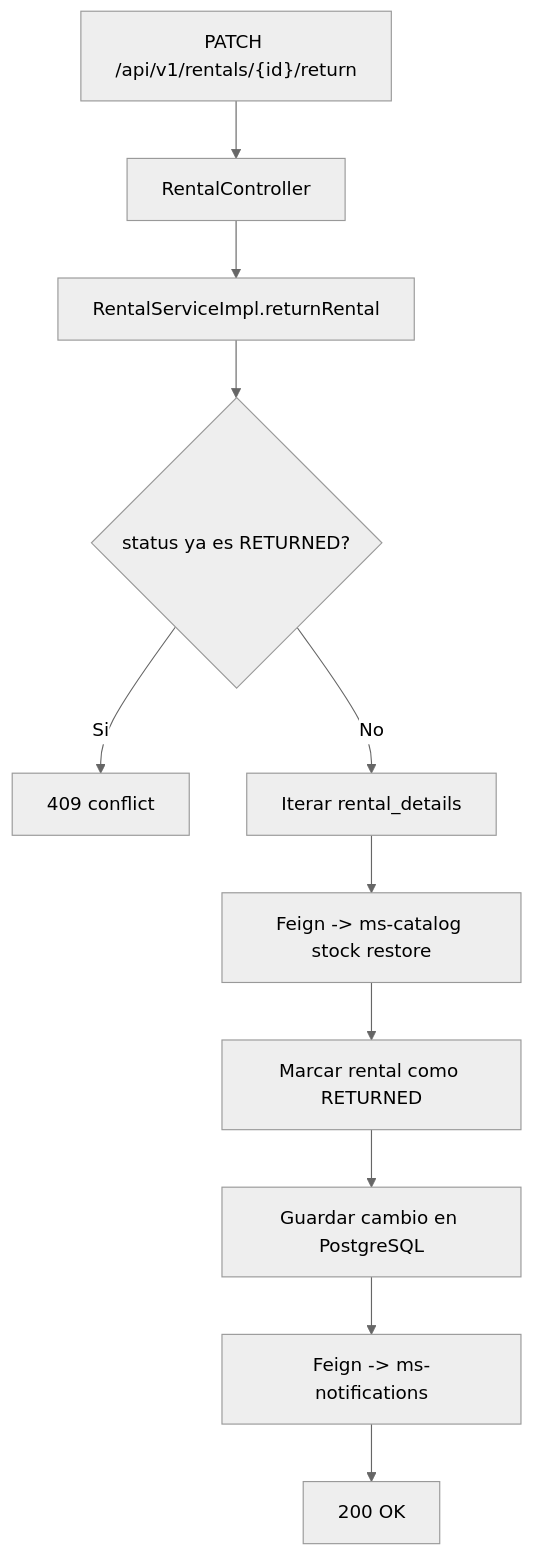
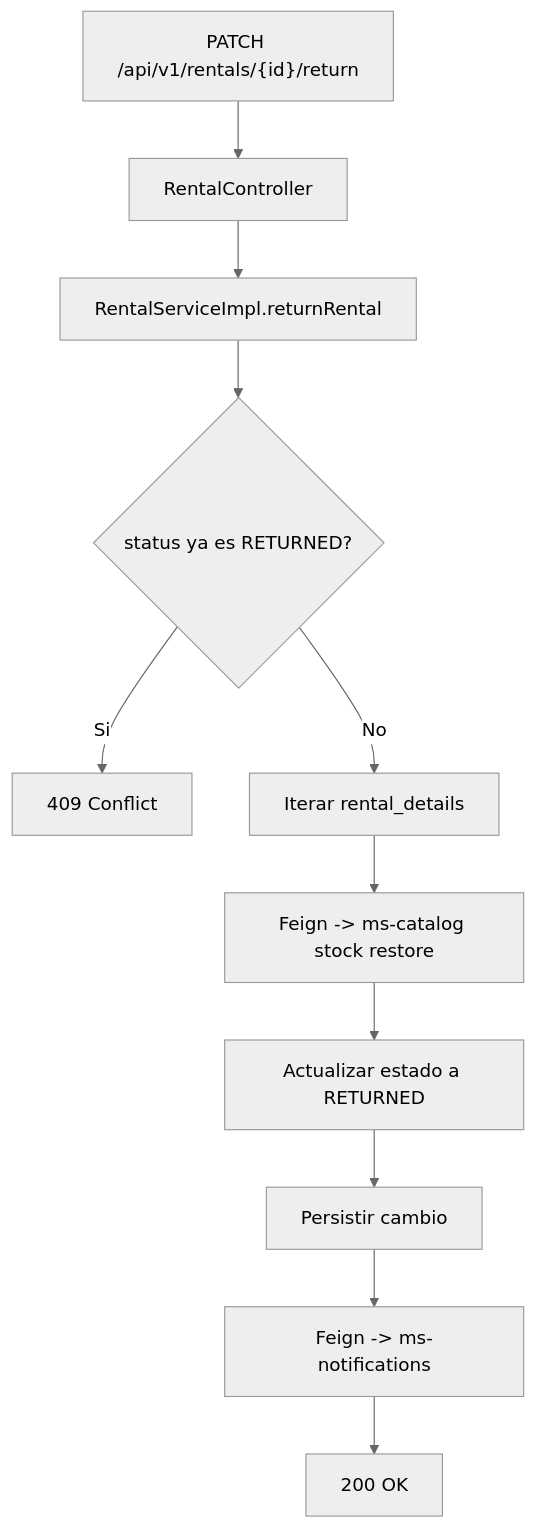
One commit to Sebastianidm/blockbuster-microservices changed the third of 3 diagrams in transactions/transactions/README.md. Above: the diagram before and after it, drawn with Mermaid (neutral theme). The commit also changed other lines of this file and 5 other files, not shown here.

````diff
--- a/transactions/transactions/README.md
+++ b/transactions/transactions/README.md
@@ -125,13 +122,13 @@
 ```mermaid
 flowchart TD
     A["PATCH /api/v1/rentals/{id}/return"] --> B["RentalController"]
     B --> C["RentalServiceImpl.returnRental"]
     C --> D{"status ya es RETURNED?"}
-    D -- "Si" --> E["409 conflict"]
+    D -- "Si" --> E["409 Conflict"]
     D -- "No" --> F["Iterar rental_details"]
     F --> G["Feign -> ms-catalog stock restore"]
-    G --> H["Marcar rental como RETURNED"]
-    H --> I["Guardar cambio en PostgreSQL"]
+    G --> H["Actualizar estado a RETURNED"]
+    H --> I["Persistir cambio"]
     I --> J["Feign -> ms-notifications"]
     J --> K["200 OK"]
 ```
````
